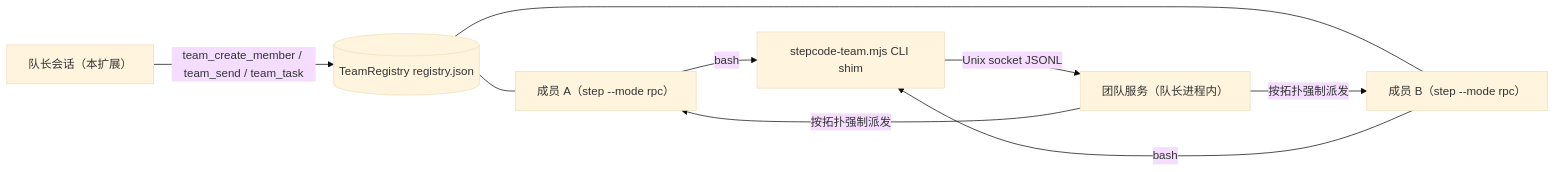
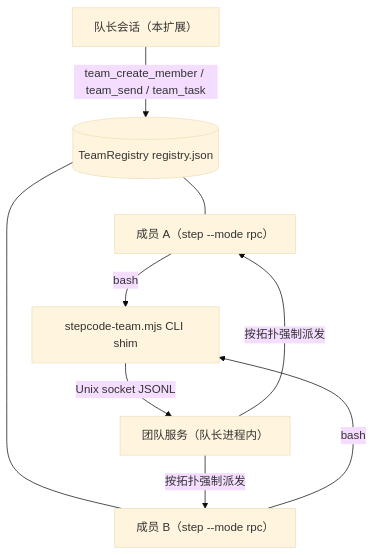
Before and after one commit to CTCingithub/Step-Code-Agent-Team: the first of 2 diagrams in README_ZH.md, drawn with Mermaid (base theme). The commit also changed other lines of this file and 1 other file, not shown here.

Commit message:
docs: vertical architecture diagram and topology shape diagrams in READMEs

````diff
--- a/README_ZH.md
+++ b/README_ZH.md
@@ -11,18 +11,18 @@
 ```mermaid
-flowchart LR
+flowchart TD
     Leader["队长会话（本扩展）"]
     Registry[("TeamRegistry registry.json")]
     A["成员 A（step --mode rpc）"]
     B["成员 B（step --mode rpc）"]
     Shim["stepcode-team.mjs CLI shim"]
     Server["团队服务（队长进程内）"]
 
     Leader -->|"team_create_member / team_send / team_task"| Registry
     Registry --- A
     Registry --- B
     A -->|"bash"| Shim
     B -->|"bash"| Shim
     Shim -->|"Unix socket JSONL"| Server
     Server -->|"按拓扑强制派发"| A
     Server -->|"按拓扑强制派发"| B
 ```
````
